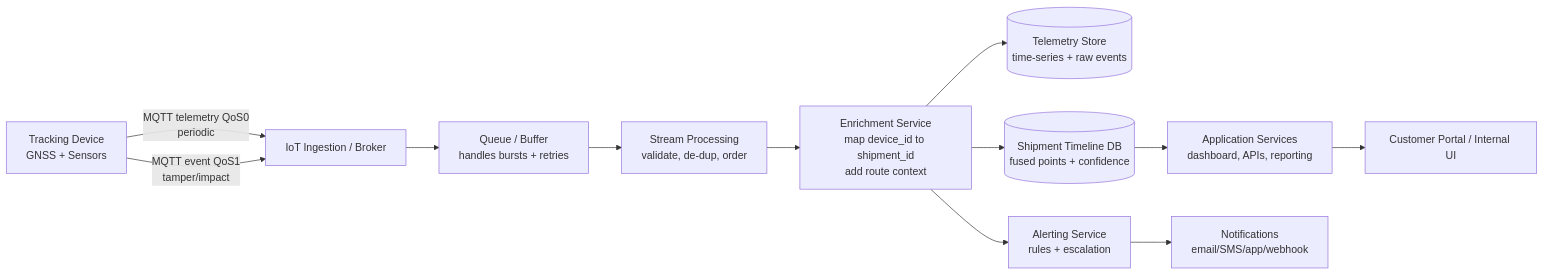
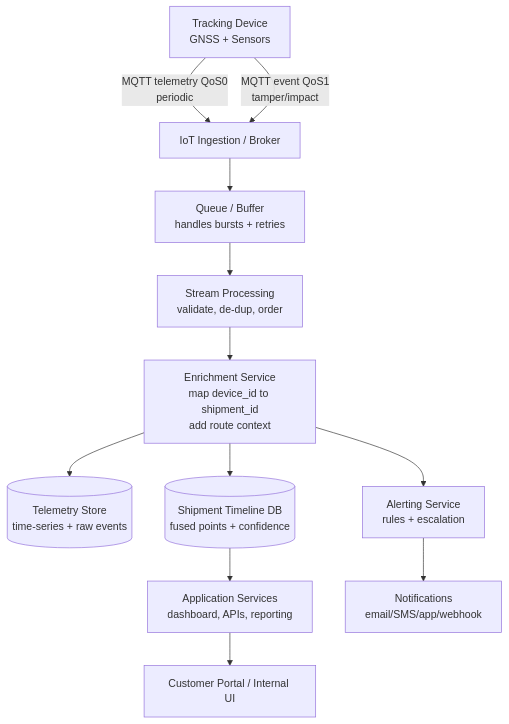
One commit to jingjingyang0803/iot-occupancy-monitor changed the third of 3 diagrams in DESIGN.md. Above: the diagram before and after it, drawn with Mermaid. The commit also changed other lines of this file, not shown here.

````diff
--- a/DESIGN.md
+++ b/DESIGN.md
@@ -387,16 +381,26 @@
 ```mermaid
-flowchart LR
-	A[Tracking Device<br>GNSS + Sensors] -->|MQTT telemetry QoS0<br>periodic| B[IoT Ingestion / Broker]
+flowchart TB
+	A[Tracking Device<br>GNSS + Sensors]
+	B[IoT Ingestion / Broker]
+	C[Queue / Buffer<br>handles bursts + retries]
+	D[Stream Processing<br>validate, de-dup, order]
+	E[Enrichment Service<br>map device_id to shipment_id<br>add route context]
+	F[(Telemetry Store<br>time-series + raw events)]
+	G[(Shipment Timeline DB<br>fused points + confidence)]
+	H[Application Services<br>dashboard, APIs, reporting]
+	I[Alerting Service<br>rules + escalation]
+	J[Notifications<br>email/SMS/app/webhook]
+	K[Customer Portal / Internal UI]
+
+	A -->|MQTT telemetry QoS0<br>periodic| B
 	A -->|MQTT event QoS1<br>tamper/impact| B
-
-	B --> C[Queue / Buffer<br>handles bursts + retries]
-	C --> D[Stream Processing<br>validate, de-dup, order]
-	D --> E[Enrichment Service<br>map device_id to shipment_id<br>add route context]
-	E --> F[(Telemetry Store<br>time-series + raw events)]
-	E --> G[(Shipment Timeline DB<br>fused points + confidence)]
-	G --> H[Application Services<br>dashboard, APIs, reporting]
-	E --> I[Alerting Service<br>rules + escalation]
-	I --> J[Notifications<br>email/SMS/app/webhook]
-
-	H --> K[Customer Portal / Internal UI]
+	B --> C
+	C --> D
+	D --> E
+	E --> F
+	E --> G
+	G --> H
+	E --> I
+	I --> J
+	H --> K
 ```
````
